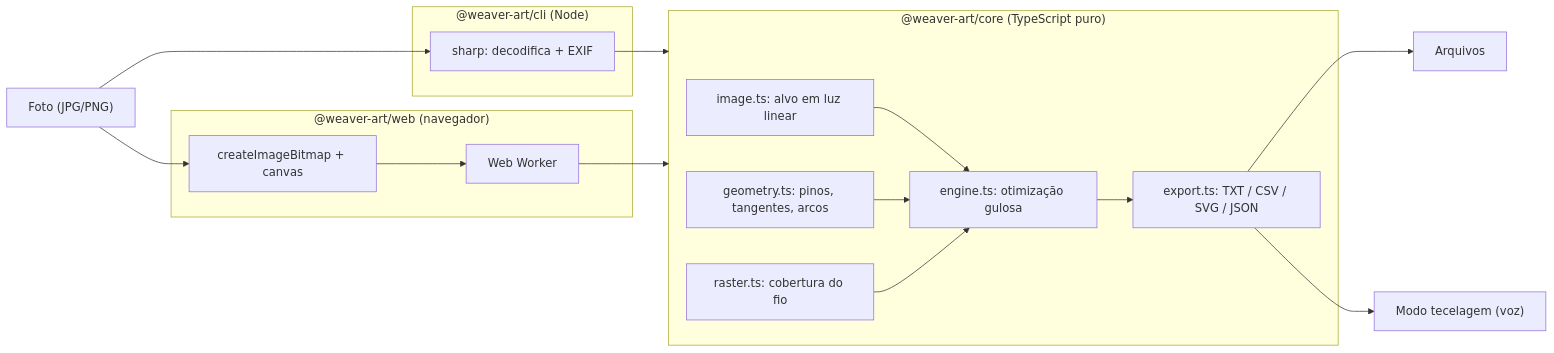
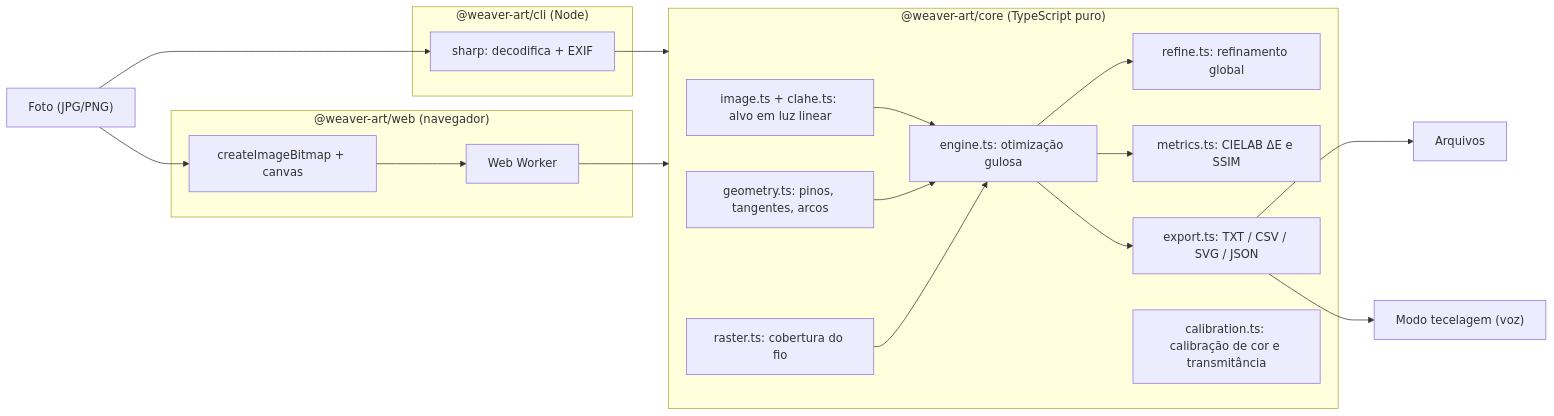
The diagram in docs/ARCHITECTURE.md (AyrtonLoks/weaver-art), drawn with Mermaid before and after one commit. The commit also changed other lines of this file and 29 other files, not shown here.

First line of the commit message:
feat: conclui v0.2.0 com métricas perceptuais, refinamento global, CLAHE, penalidade de fio e calibração

````diff
--- a/docs/ARCHITECTURE.md
+++ b/docs/ARCHITECTURE.md
@@ -5,21 +5,24 @@
 ```mermaid
 flowchart LR
   photo["Foto (JPG/PNG)"] --> decode
   subgraph cli["@weaver-art/cli (Node)"]
     decode["sharp: decodifica + EXIF"]
   end
   subgraph web["@weaver-art/web (navegador)"]
     bitmap["createImageBitmap + canvas"] --> worker["Web Worker"]
   end
   photo --> bitmap
   decode --> core
   worker --> core
   subgraph core["@weaver-art/core (TypeScript puro)"]
-    prep["image.ts: alvo em luz linear"] --> engine["engine.ts: otimização gulosa"]
+    prep["image.ts + clahe.ts: alvo em luz linear"] --> engine["engine.ts: otimização gulosa"]
     geo["geometry.ts: pinos, tangentes, arcos"] --> engine
     ras["raster.ts: cobertura do fio"] --> engine
+    engine --> refine["refine.ts: refinamento global"]
+    engine --> metrics["metrics.ts: CIELAB ΔE e SSIM"]
     engine --> exp["export.ts: TXT / CSV / SVG / JSON"]
+    calib["calibration.ts: calibração de cor e transmitância"]
   end
   exp --> files["Arquivos"]
   exp --> player["Modo tecelagem (voz)"]
 ```
````
